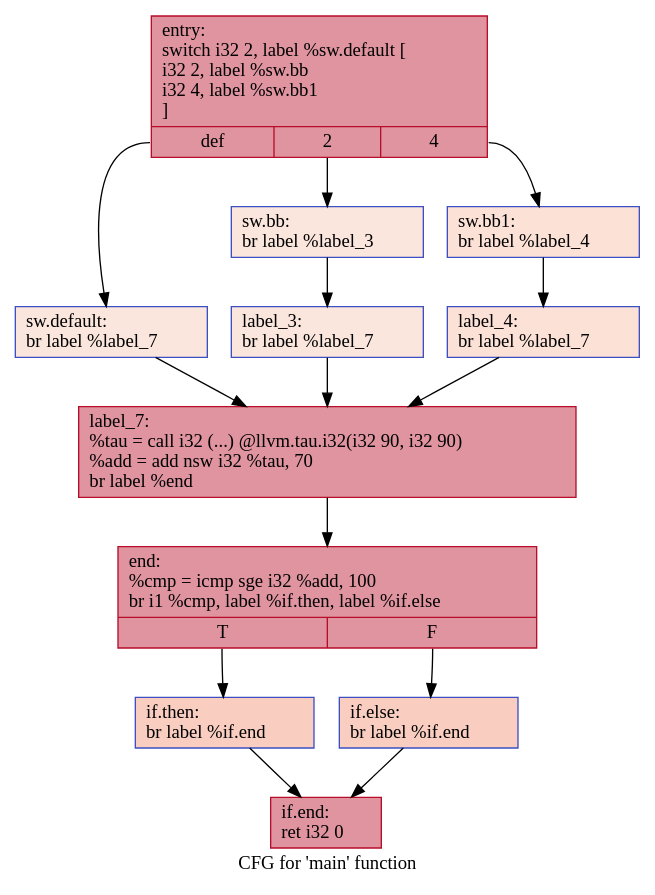
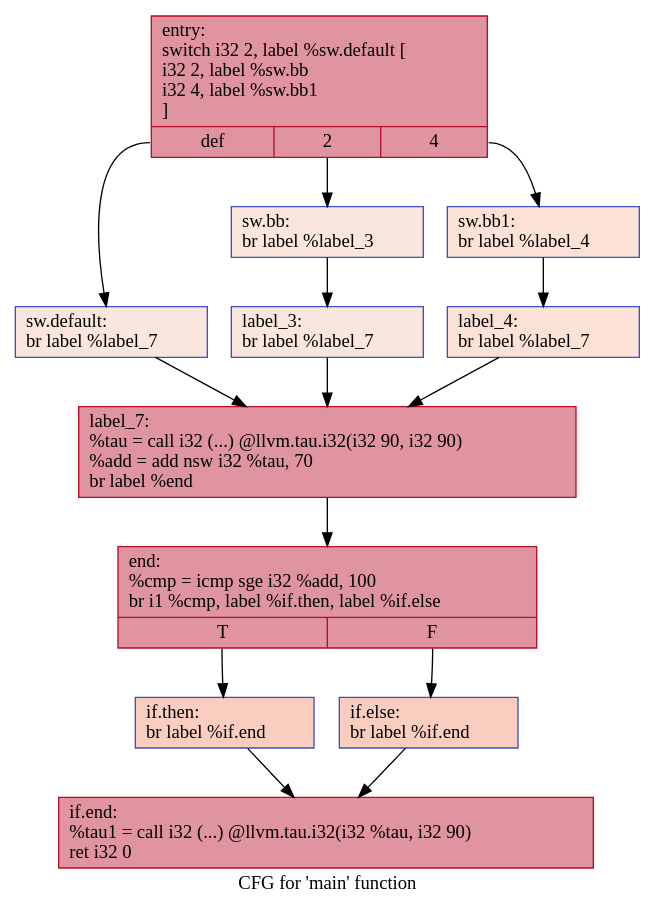
The diagram in IR/cfg/SCCP_HPSSA.dot (HPSSA-LLVM/HPSSA-LLVM), drawn with Graphviz before and after one commit. The commit also changed 22 other files, not shown here.

```diff
--- a/IR/cfg/SCCP_HPSSA.dot
+++ b/IR/cfg/SCCP_HPSSA.dot
@@ -1,28 +1,28 @@
 digraph "CFG for 'main' function" {
 	label="CFG for 'main' function";
 
-	Node0x558c6160a7e0 [shape=record,color="#b70d28ff", style=filled, fillcolor="#b70d2870",label="{entry:\l  switch i32 2, label %sw.default [\l    i32 2, label %sw.bb\l    i32 4, label %sw.bb1\l  ]\l|{<s0>def|<s1>2|<s2>4}}"];
-	Node0x558c6160a7e0:s0 -> Node0x558c6160a910;
-	Node0x558c6160a7e0:s1 -> Node0x558c6160a990;
-	Node0x558c6160a7e0:s2 -> Node0x558c6160aa30;
-	Node0x558c6160a990 [shape=record,color="#3d50c3ff", style=filled, fillcolor="#f3c7b170",label="{sw.bb:                                            \l  br label %label_3\l}"];
-	Node0x558c6160a990 -> Node0x558c6160abc0;
-	Node0x558c6160aa30 [shape=record,color="#3d50c3ff", style=filled, fillcolor="#f7bca170",label="{sw.bb1:                                           \l  br label %label_4\l}"];
-	Node0x558c6160aa30 -> Node0x558c6160aca0;
-	Node0x558c6160a910 [shape=record,color="#3d50c3ff", style=filled, fillcolor="#f3c7b170",label="{sw.default:                                       \l  br label %label_7\l}"];
-	Node0x558c6160a910 -> Node0x558c6160ad80;
-	Node0x558c6160abc0 [shape=record,color="#3d50c3ff", style=filled, fillcolor="#f3c7b170",label="{label_3:                                          \l  br label %label_7\l}"];
-	Node0x558c6160abc0 -> Node0x558c6160ad80;
-	Node0x558c6160aca0 [shape=record,color="#3d50c3ff", style=filled, fillcolor="#f7bca170",label="{label_4:                                          \l  br label %label_7\l}"];
-	Node0x558c6160aca0 -> Node0x558c6160ad80;
-	Node0x558c6160ad80 [shape=record,color="#b70d28ff", style=filled, fillcolor="#b70d2870",label="{label_7:                                          \l  %tau = call i32 (...) @llvm.tau.i32(i32 90, i32 90)\l  %add = add nsw i32 %tau, 70\l  br label %end\l}"];
-	Node0x558c6160ad80 -> Node0x558c6160b240;
-	Node0x558c6160b240 [shape=record,color="#b70d28ff", style=filled, fillcolor="#b70d2870",label="{end:                                              \l  %cmp = icmp sge i32 %add, 100\l  br i1 %cmp, label %if.then, label %if.else\l|{<s0>T|<s1>F}}"];
-	Node0x558c6160b240:s0 -> Node0x558c6160b400;
-	Node0x558c6160b240:s1 -> Node0x558c6160b470;
-	Node0x558c6160b400 [shape=record,color="#3d50c3ff", style=filled, fillcolor="#f2907270",label="{if.then:                                          \l  br label %if.end\l}"];
-	Node0x558c6160b400 -> Node0x558c6160b730;
-	Node0x558c6160b470 [shape=record,color="#3d50c3ff", style=filled, fillcolor="#f2907270",label="{if.else:                                          \l  br label %if.end\l}"];
-	Node0x558c6160b470 -> Node0x558c6160b730;
-	Node0x558c6160b730 [shape=record,color="#b70d28ff", style=filled, fillcolor="#b70d2870",label="{if.end:                                           \l  ret i32 0\l}"];
+	Node0x558cc896c820 [shape=record,color="#b70d28ff", style=filled, fillcolor="#b70d2870",label="{entry:\l  switch i32 2, label %sw.default [\l    i32 2, label %sw.bb\l    i32 4, label %sw.bb1\l  ]\l|{<s0>def|<s1>2|<s2>4}}"];
+	Node0x558cc896c820:s0 -> Node0x558cc896c950;
+	Node0x558cc896c820:s1 -> Node0x558cc896c9d0;
+	Node0x558cc896c820:s2 -> Node0x558cc896ca70;
+	Node0x558cc896c9d0 [shape=record,color="#3d50c3ff", style=filled, fillcolor="#f3c7b170",label="{sw.bb:                                            \l  br label %label_3\l}"];
+	Node0x558cc896c9d0 -> Node0x558cc896cc00;
+	Node0x558cc896ca70 [shape=record,color="#3d50c3ff", style=filled, fillcolor="#f7bca170",label="{sw.bb1:                                           \l  br label %label_4\l}"];
+	Node0x558cc896ca70 -> Node0x558cc896cce0;
+	Node0x558cc896c950 [shape=record,color="#3d50c3ff", style=filled, fillcolor="#f3c7b170",label="{sw.default:                                       \l  br label %label_7\l}"];
+	Node0x558cc896c950 -> Node0x558cc896cdc0;
+	Node0x558cc896cc00 [shape=record,color="#3d50c3ff", style=filled, fillcolor="#f3c7b170",label="{label_3:                                          \l  br label %label_7\l}"];
+	Node0x558cc896cc00 -> Node0x558cc896cdc0;
+	Node0x558cc896cce0 [shape=record,color="#3d50c3ff", style=filled, fillcolor="#f7bca170",label="{label_4:                                          \l  br label %label_7\l}"];
+	Node0x558cc896cce0 -> Node0x558cc896cdc0;
+	Node0x558cc896cdc0 [shape=record,color="#b70d28ff", style=filled, fillcolor="#b70d2870",label="{label_7:                                          \l  %tau = call i32 (...) @llvm.tau.i32(i32 90, i32 90)\l  %add = add nsw i32 %tau, 70\l  br label %end\l}"];
+	Node0x558cc896cdc0 -> Node0x558cc896d280;
+	Node0x558cc896d280 [shape=record,color="#b70d28ff", style=filled, fillcolor="#b70d2870",label="{end:                                              \l  %cmp = icmp sge i32 %add, 100\l  br i1 %cmp, label %if.then, label %if.else\l|{<s0>T|<s1>F}}"];
+	Node0x558cc896d280:s0 -> Node0x558cc896d440;
+	Node0x558cc896d280:s1 -> Node0x558cc896d4b0;
+	Node0x558cc896d440 [shape=record,color="#3d50c3ff", style=filled, fillcolor="#f2907270",label="{if.then:                                          \l  br label %if.end\l}"];
+	Node0x558cc896d440 -> Node0x558cc896d770;
+	Node0x558cc896d4b0 [shape=record,color="#3d50c3ff", style=filled, fillcolor="#f2907270",label="{if.else:                                          \l  br label %if.end\l}"];
+	Node0x558cc896d4b0 -> Node0x558cc896d770;
+	Node0x558cc896d770 [shape=record,color="#b70d28ff", style=filled, fillcolor="#b70d2870",label="{if.end:                                           \l  %tau1 = call i32 (...) @llvm.tau.i32(i32 %tau, i32 90)\l  ret i32 0\l}"];
 }
```
